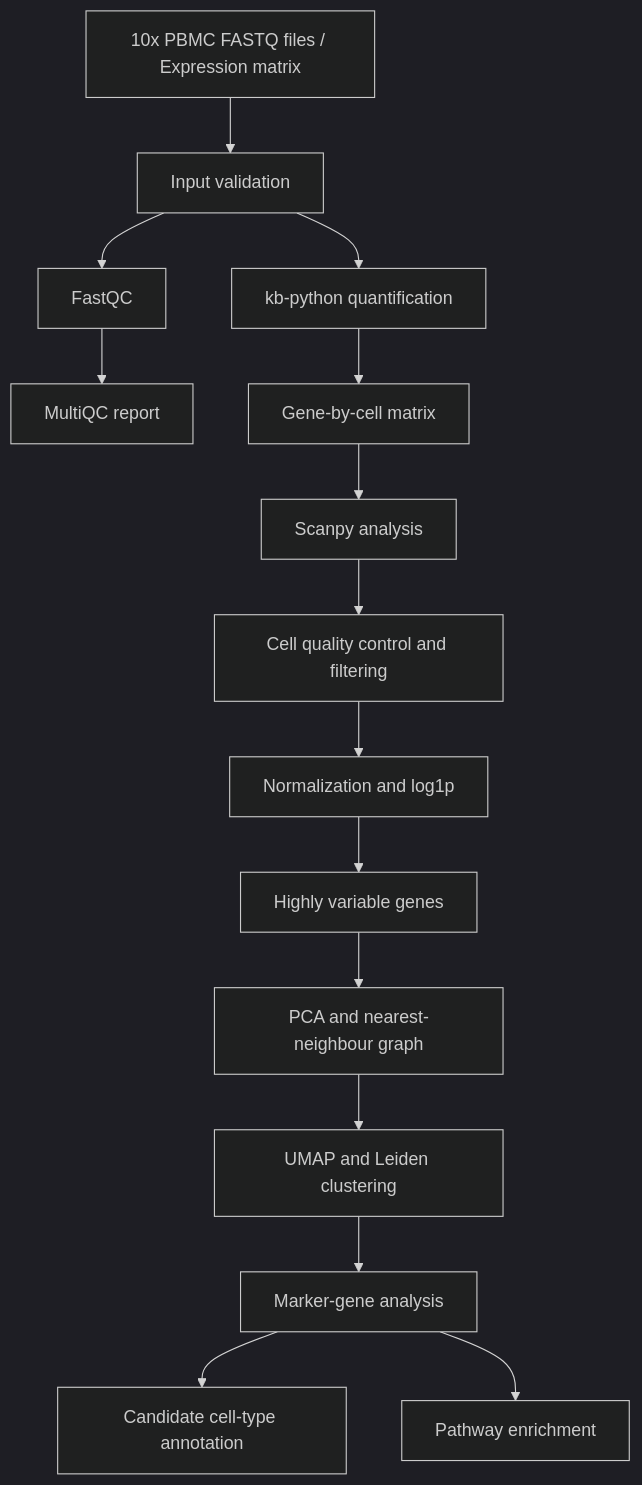
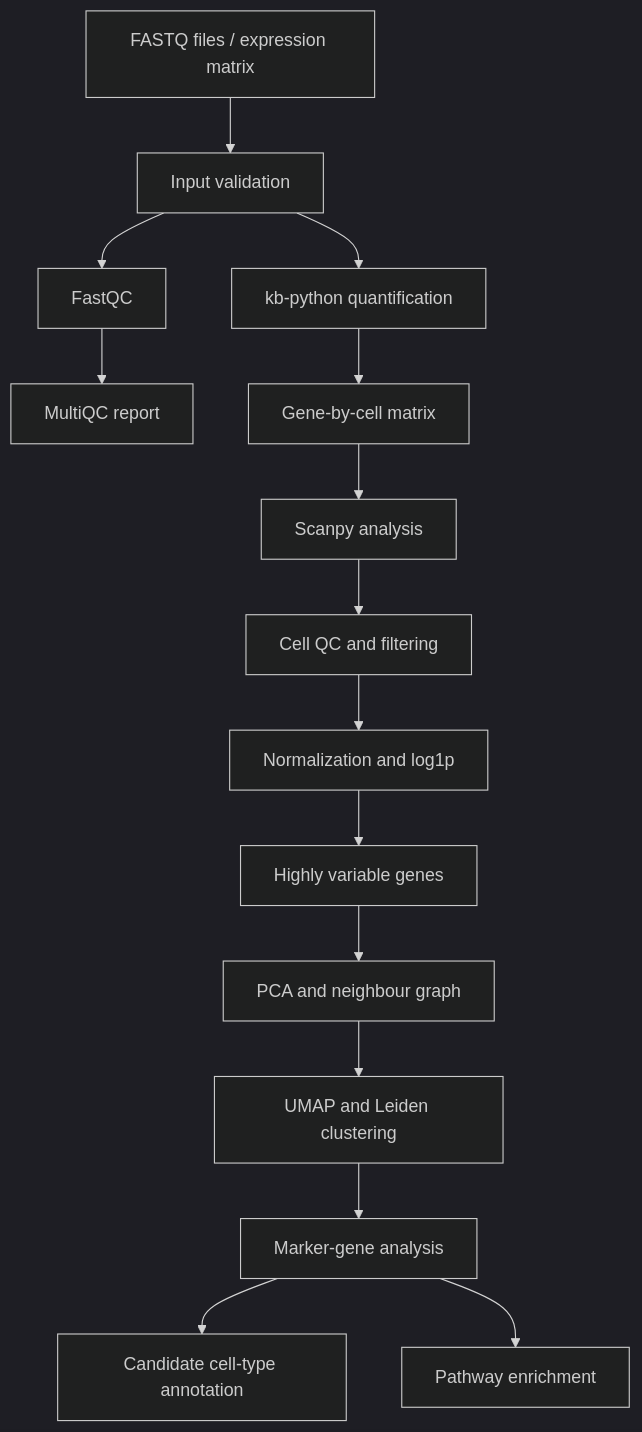
One commit to ANKUR77019/Reproducible-single-cell-RNA-seq-analysis- changed the diagram in README.md. Above: the diagram before and after it, drawn with Mermaid (dark theme). The commit also changed other lines of this file, not shown here.

Commit message:
Improve CellScope README and project results

````diff
--- a/README.md
+++ b/README.md
@@ -80,18 +57,17 @@
 ``` mermaid
 flowchart TD
-    A["10x PBMC FASTQ files / Expression matrix"]
-    A --> B["Input validation"]
+    A["FASTQ files / expression matrix"] --> B["Input validation"]
     B --> C["FastQC"]
     C --> D["MultiQC report"]
     B --> E["kb-python quantification"]
     E --> F["Gene-by-cell matrix"]
     F --> G["Scanpy analysis"]
-    G --> H["Cell quality control and filtering"]
+    G --> H["Cell QC and filtering"]
     H --> I["Normalization and log1p"]
     I --> J["Highly variable genes"]
-    J --> K["PCA and nearest-neighbour graph"]
+    J --> K["PCA and neighbour graph"]
     K --> L["UMAP and Leiden clustering"]
     L --> M["Marker-gene analysis"]
     M --> N["Candidate cell-type annotation"]
     M --> O["Pathway enrichment"]
 ```
````
